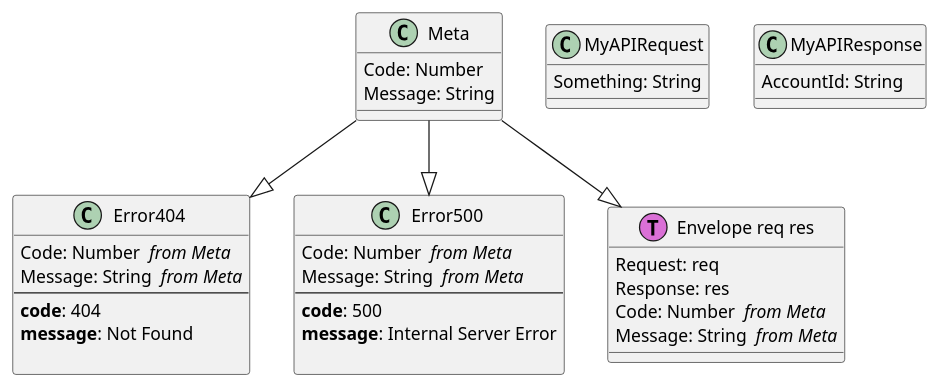
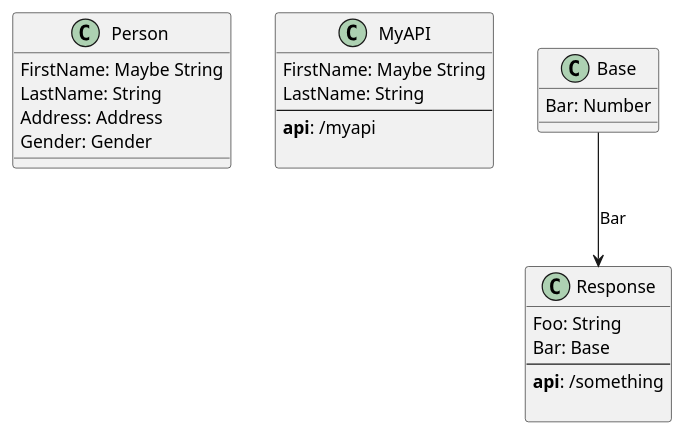
The diagram in Examples/.out/v0.0.1/APIs.API/APIs.API.puml (Baudin999/car-lang), drawn with PlantUML before and after one commit. The commit also changed 50 other files, not shown here.

Commit message:
Added a few DDD themes like Aggregates to the compiler. Also added flows which should represent ideas like Functions or Service Calls

```diff
--- a/Examples/.out/v0.0.1/APIs.API/APIs.API.puml
+++ b/Examples/.out/v0.0.1/APIs.API/APIs.API.puml
@@ -1,35 +1,24 @@
-class "Meta" as Meta  {
-	Code: Number 
-	Message: String 
+class "Person " as Person  {
+	FirstName: Maybe String
+	LastName: String 
+	Address: Address 
+	Gender: Gender 
 }
-class "Error404 " as Error404  {
-	Code: Number  <i>from Meta</i>
-	Message: String  <i>from Meta</i>
+class "MyAPI" as MyAPI  {
+	FirstName: Maybe String
+	LastName: String 
 --
-  <b>code</b>: 404
-<b>message</b>: Not Found
+  <b>api</b>: /myapi
     
 }
-Meta --|> Error404
-class "Error500 " as Error500  {
-	Code: Number  <i>from Meta</i>
-	Message: String  <i>from Meta</i>
+class "Base" as Base  {
+	Bar: Number 
+}
+class "Response" as Response  {
+	Foo: String 
+	Bar: Base 
 --
-  <b>code</b>: 500
-<b>message</b>: Internal Server Error
+  <b>api</b>: /something
     
 }
-Meta --|> Error500
-class "Envelope req res" as Envelope << (T,orchid) >> {
-	Request: req 
-	Response: res 
-	Code: Number  <i>from Meta</i>
-	Message: String  <i>from Meta</i>
-}
-Meta --|> Envelope
-class "MyAPIRequest" as MyAPIRequest  {
-	Something: String 
-}
-class "MyAPIResponse" as MyAPIResponse  {
-	AccountId: String 
-}
+Base --> Response : Bar
```
